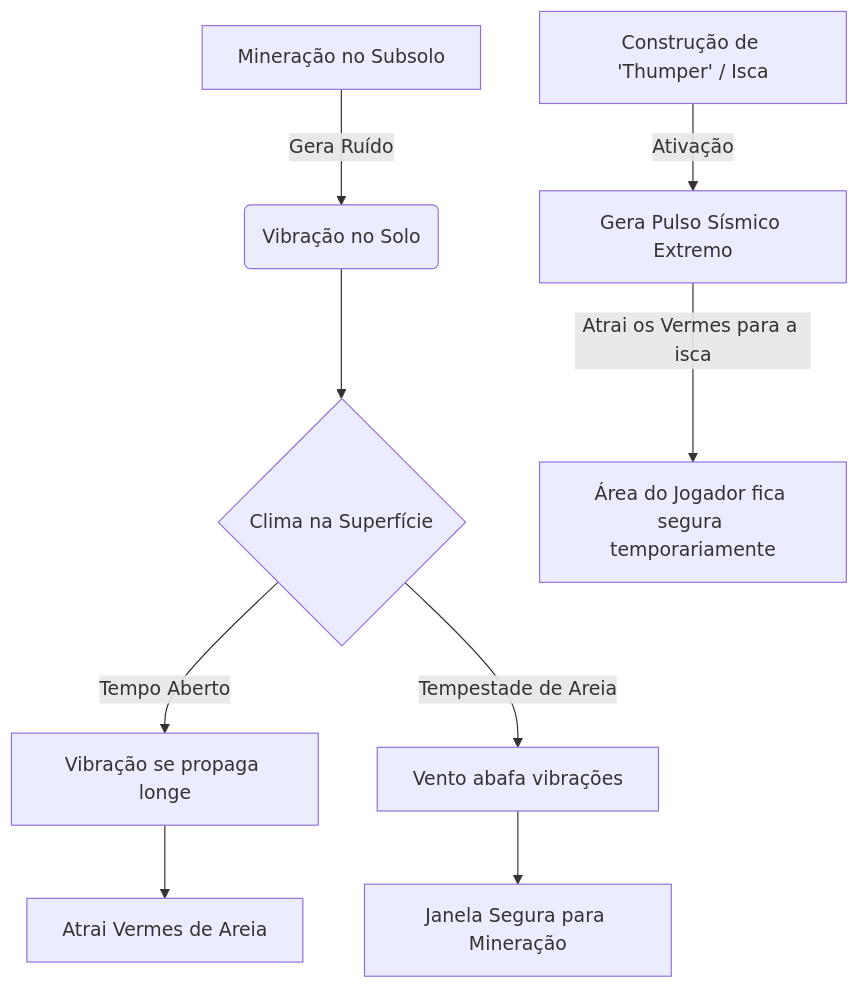
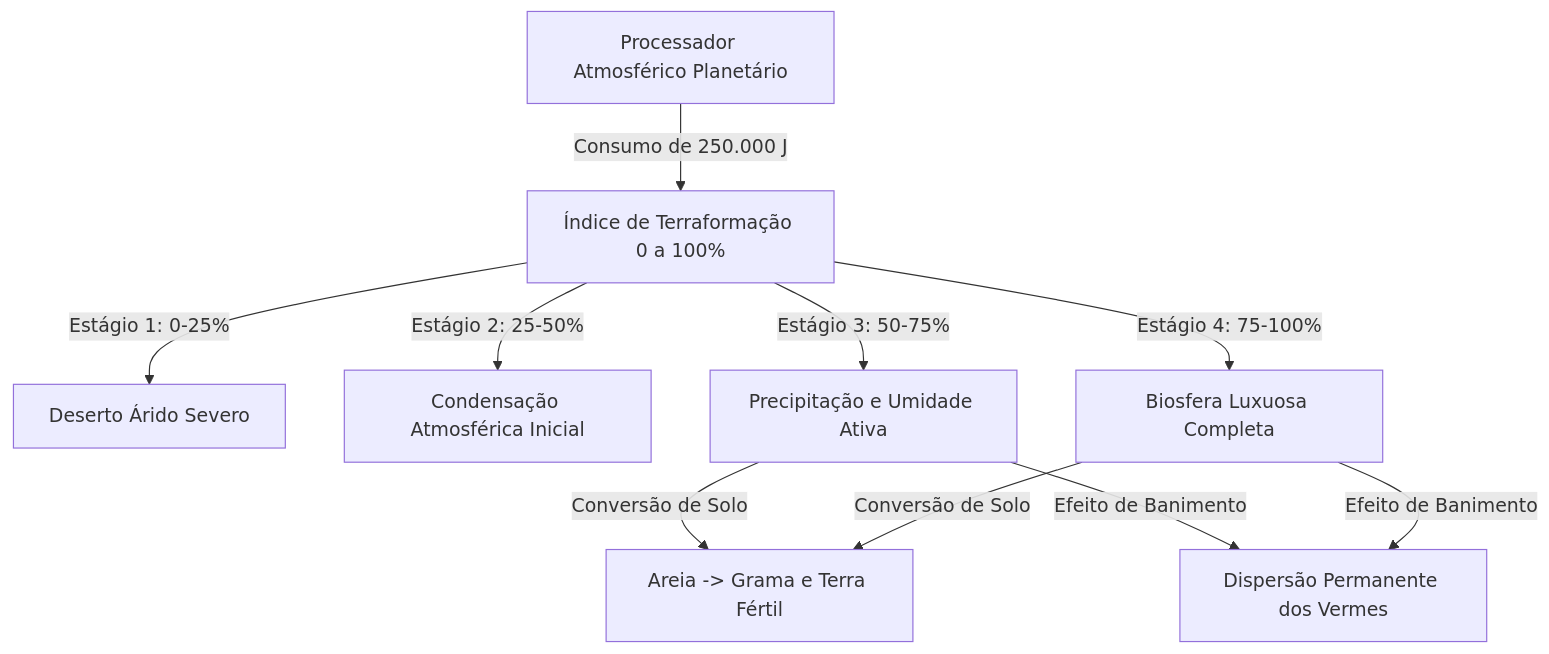
The fourth of 4 diagrams in README.md (fhfelipefh/SandStorm), drawn with Mermaid before and after one commit. The commit also changed other lines of this file and 2 other files, not shown here.

````diff
--- a/README.md
+++ b/README.md
@@ -109,11 +84,10 @@
 ```mermaid
 graph TD;
-    A[Mineração no Subsolo] -->|Gera Ruído| B(Vibração no Solo)
-    B --> C{Clima na Superfície}
-    C -- Tempo Aberto --> D[Vibração se propaga longe]
-    C -- Tempestade de Areia --> E[Vento abafa vibrações]
-    D --> F[Atrai Vermes de Areia]
-    E --> G[Janela Segura para Mineração]
-    H[Construção de 'Thumper' / Isca] -->|Ativação| I[Gera Pulso Sísmico Extremo]
-    I -->|Atrai os Vermes para a isca| J[Área do Jogador fica segura temporariamente]
+    A[Processador Atmosférico Planetário] -->|Consumo de 250.000 J| B[Índice de Terraformação 0 a 100%]
+    B -->|Estágio 1: 0-25%| C[Deserto Árido Severo]
+    B -->|Estágio 2: 25-50%| D[Condensação Atmosférica Inicial]
+    B -->|Estágio 3: 50-75%| E[Precipitação e Umidade Ativa]
+    B -->|Estágio 4: 75-100%| F[Biosfera Luxuosa Completa]
+    E & F -->|Conversão de Solo| G[Areia -> Grama e Terra Fértil]
+    E & F -->|Efeito de Banimento| H[Dispersão Permanente dos Vermes]
 ```
````
